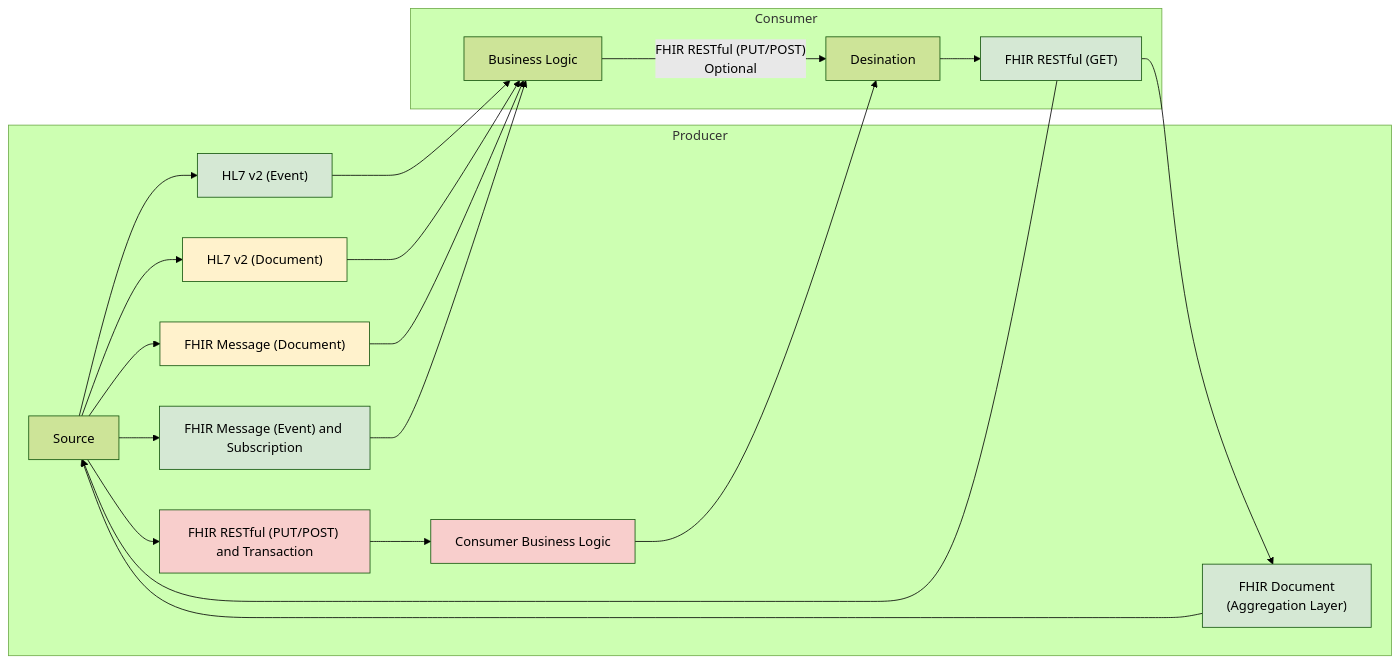
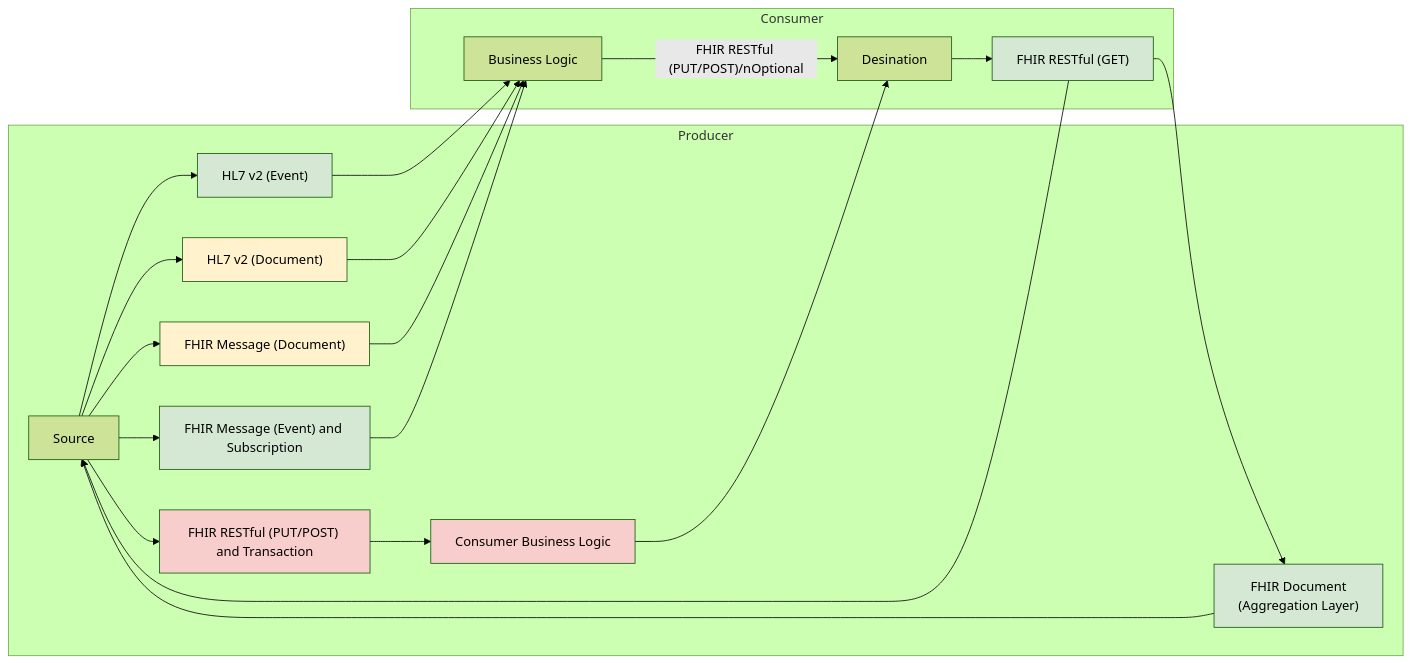
The diagram in input/pagecontent/exchange.md (uk-gov-mirror/nw-gmsa.nw-gmsa.github.com), drawn with Mermaid (forest theme) before and after one commit.

Commit message:
Specimen

````diff
--- a/input/pagecontent/exchange.md
+++ b/input/pagecontent/exchange.md
@@ -1,42 +1,42 @@
 ```mermaid
 graph LR;
 
 subgraph Producer;
     s[Source]
     s --> v2E
     s --> v2D
     v2E["HL7 v2 (Event)"]
     v2D["HL7 v2 (Document)"]
     s --> fMessage["FHIR Message (Document)"]
     s --> fEvent["FHIR Message (Event) and Subscription"]
     s --> rest["FHIR RESTful (PUT/POST) and Transaction"]
     rB[Consumer Business Logic]
 
     rest --> rB
     Agg["FHIR Document\n(Aggregation Layer)"]
     Agg --> s
 end 
 
 subgraph Consumer
     B[Business Logic]
     d[Desination]
-    B --> |"FHIR RESTful (PUT/POST)\nOptional"| d
+    B --> |"FHIR RESTful (PUT/POST)/nOptional"| d
     d --> restC["FHIR RESTful (GET)"]
 end 
 
 v2E --> B
 v2D --> B
 fMessage --> B
 fEvent --> B
 rB --> d
 restC --> s
 restC --> Agg
 
 classDef pink fill:#F8CECC
 classDef green fill:#D5E8D4;
 classDef yellow fill:#FFF2CC;
 
 class restC,v2E,fEvent,Agg green
 class rest,rB pink
 class v2D,fMessage yellow
 ```
````
